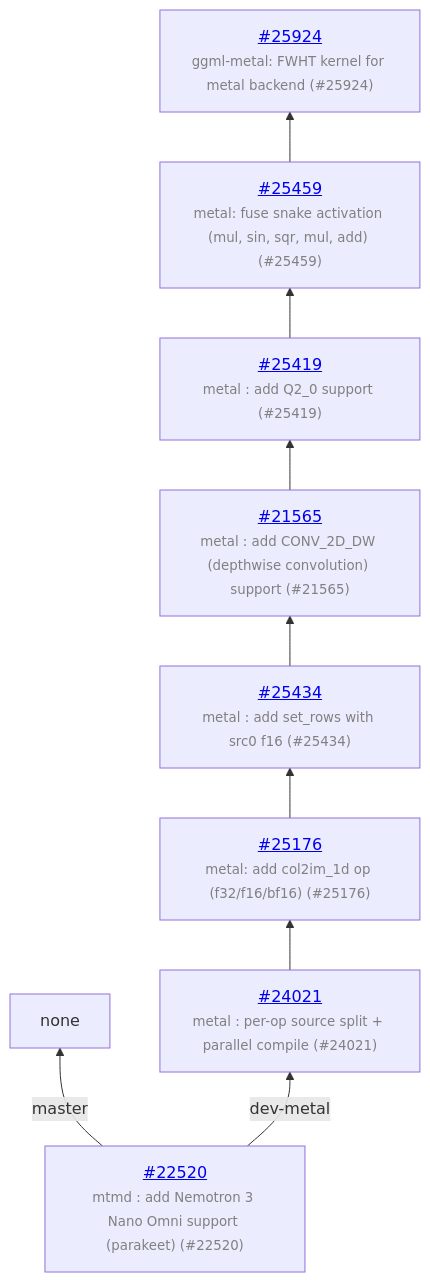
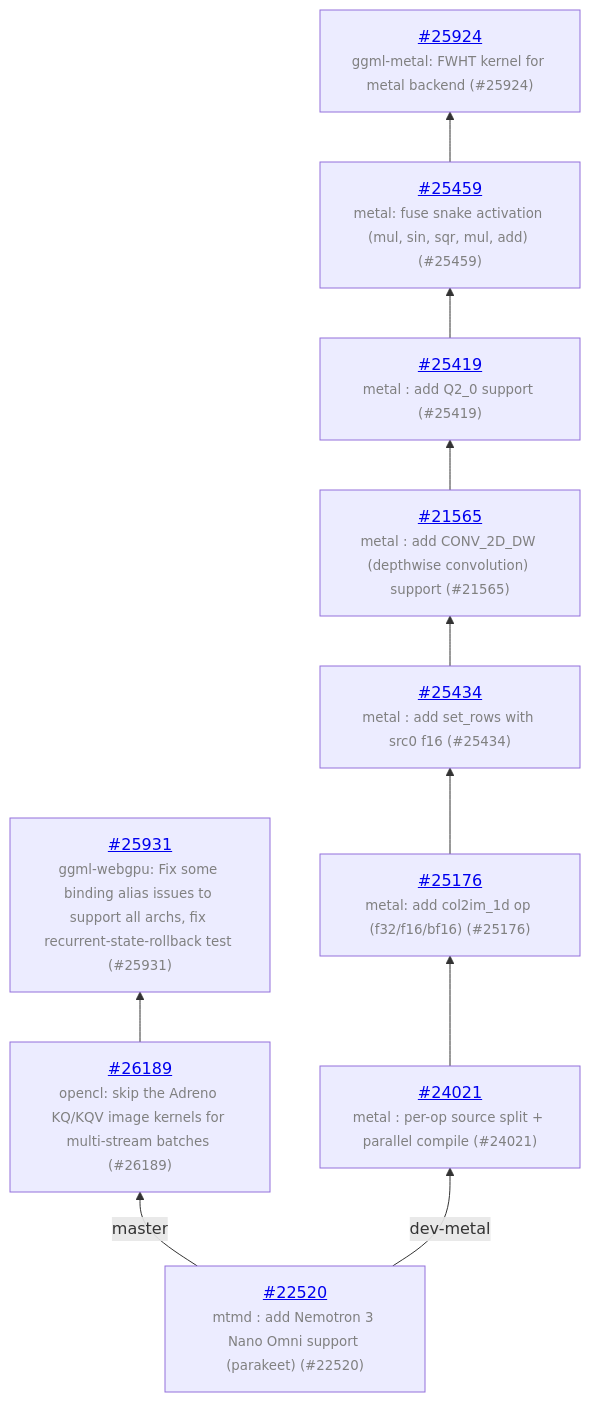
The diagram in README.md (ggml-org/llama.cpp-dev), drawn with Mermaid before and after one commit. The commit also changed other lines of this file and 1 other file, not shown here.

Commit message:
auto: update

````diff
--- a/README.md
+++ b/README.md
@@ -13,19 +13,22 @@
 ```mermaid
 graph BT
     COMMON["<a href='https://github.com/ggml-org/llama.cpp/pull/22520'>#22520</a><br/><span style='font-size:smaller;color:gray'>mtmd : add Nemotron 3 Nano Omni support (parakeet) (#22520)</span>"]
-    COMMON -->|master| none
+    COMMON -->|master| C_8190848
+    C_8190848["<a href='https://github.com/ggml-org/llama.cpp/pull/26189'>#26189</a><br/><span style='font-size:smaller;color:gray'>opencl: skip the Adreno KQ/KQV image kernels for multi-stream batches (#26189)</span>"]
+    C_8190848 --> C_bc71c24
+    C_bc71c24["<a href='https://github.com/ggml-org/llama.cpp/pull/25931'>#25931</a><br/><span style='font-size:smaller;color:gray'>ggml-webgpu: Fix some binding alias issues to support all archs, fix recurrent-state-rollback test (#25931)</span>"]
     COMMON -->|dev-metal| C_8ed30a7
     C_8ed30a7["<a href='https://github.com/ggml-org/llama.cpp/pull/24021'>#24021</a><br/><span style='font-size:smaller;color:gray'>metal : per-op source split + parallel compile (#24021)</span>"]
     C_8ed30a7 --> C_2894406
     C_2894406["<a href='https://github.com/ggml-org/llama.cpp/pull/25176'>#25176</a><br/><span style='font-size:smaller;color:gray'>metal: add col2im_1d op (f32/f16/bf16) (#25176)</span>"]
     C_2894406 --> C_6d75564
     C_6d75564["<a href='https://github.com/ggml-org/llama.cpp/pull/25434'>#25434</a><br/><span style='font-size:smaller;color:gray'>metal : add set_rows with src0 f16 (#25434)</span>"]
     C_6d75564 --> C_ccb8445
     C_ccb8445["<a href='https://github.com/ggml-org/llama.cpp/pull/21565'>#21565</a><br/><span style='font-size:smaller;color:gray'>metal : add CONV_2D_DW (depthwise convolution) support (#21565)</span>"]
     C_ccb8445 --> C_70f70ed
     C_70f70ed["<a href='https://github.com/ggml-org/llama.cpp/pull/25419'>#25419</a><br/><span style='font-size:smaller;color:gray'>metal : add Q2_0 support (#25419)</span>"]
     C_70f70ed --> C_a9a5d1d
     C_a9a5d1d["<a href='https://github.com/ggml-org/llama.cpp/pull/25459'>#25459</a><br/><span style='font-size:smaller;color:gray'>metal: fuse snake activation (mul, sin, sqr, mul, add) (#25459)</span>"]
     C_a9a5d1d --> C_7185fef
     C_7185fef["<a href='https://github.com/ggml-org/llama.cpp/pull/25924'>#25924</a><br/><span style='font-size:smaller;color:gray'>ggml-metal: FWHT kernel for metal backend (#25924)</span>"]
 ```
````
